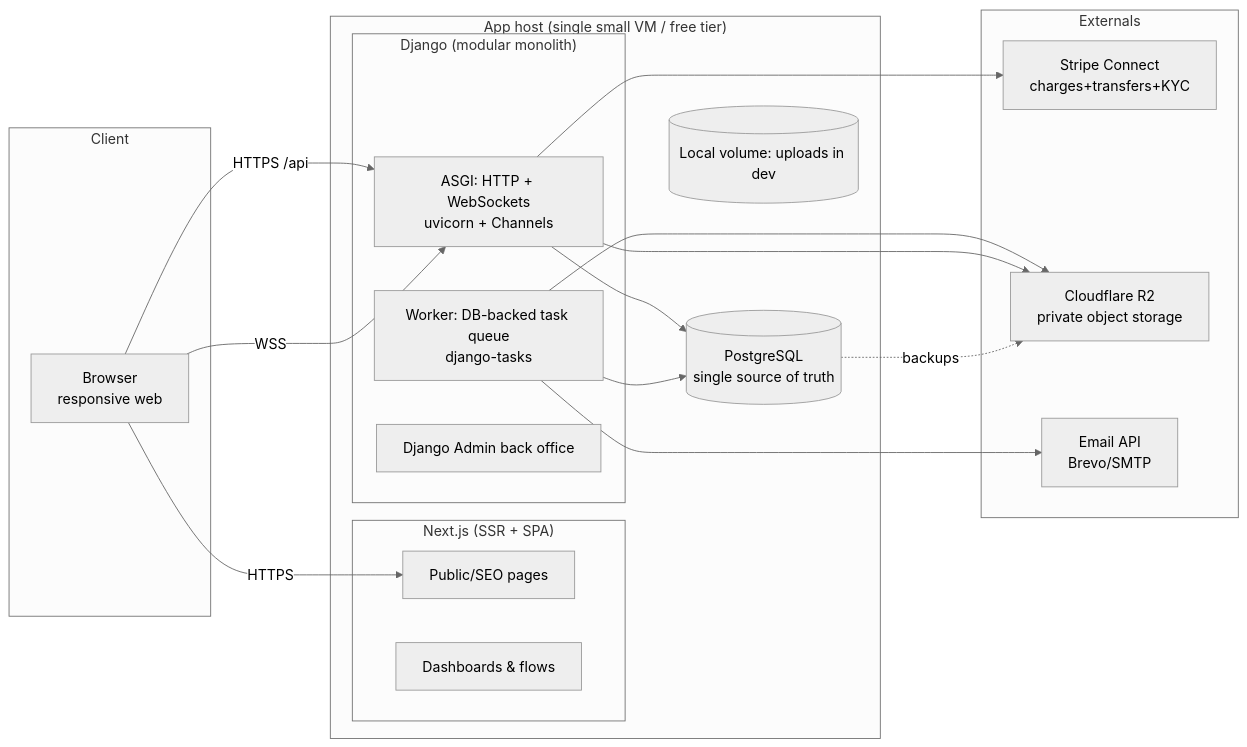
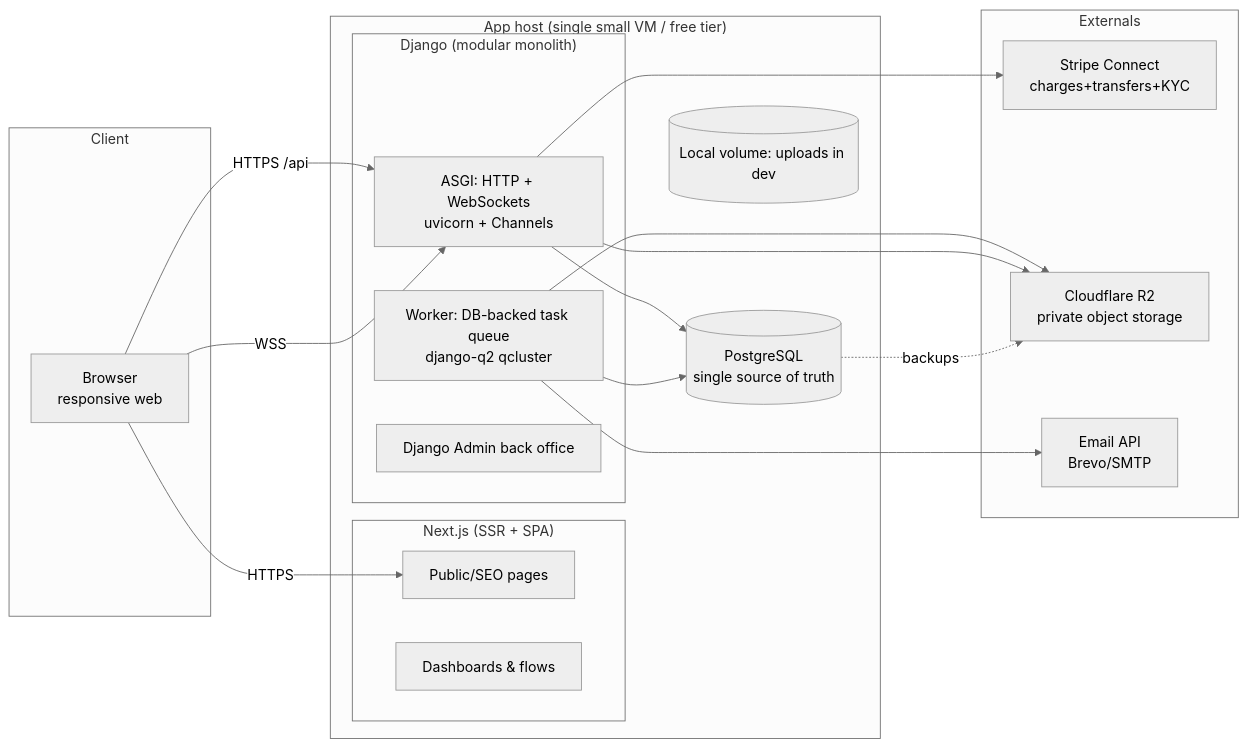
One commit to shaheenaslam10/knowledge-marketplace changed the diagram in docs/architecture/system-architecture.md. Above: the diagram before and after it, drawn with Mermaid (neutral theme). The commit also changed other lines of this file and 11 other files, not shown here.

First line of the commit message:
docs: Phase 1 sync — ADR-0002 amended, readiness check, roadmap status

````diff
--- a/docs/architecture/system-architecture.md
+++ b/docs/architecture/system-architecture.md
@@ -11,34 +11,34 @@
 ```mermaid
 flowchart LR
     subgraph Client
         B[Browser<br/>responsive web]
     end
     subgraph AppHost["App host (single small VM / free tier)"]
         subgraph FE["Next.js (SSR + SPA)"]
             PUB[Public/SEO pages]
             APP[Dashboards & flows]
         end
         subgraph BE["Django (modular monolith)"]
             ASGI[ASGI: HTTP + WebSockets<br/>uvicorn + Channels]
-            WKR[Worker: DB-backed task queue<br/>django-tasks]
+            WKR[Worker: DB-backed task queue<br/>django-q2 qcluster]
             ADM[Django Admin back office]
         end
         PG[(PostgreSQL<br/>single source of truth)]
         DISK[(Local volume: uploads in dev)]
     end
     subgraph Externals
         STRIPE[Stripe Connect<br/>charges+transfers+KYC]
         R2[Cloudflare R2<br/>private object storage]
         MAIL[Email API<br/>Brevo/SMTP]
     end
     B -->|HTTPS| PUB
     B -->|HTTPS /api| ASGI
     B -->|WSS| ASGI
     ASGI --> PG
     WKR --> PG
     WKR --> MAIL
     WKR --> R2
     ASGI --> R2
     ASGI --> STRIPE
     PG -. backups .-> R2
 ```
````
